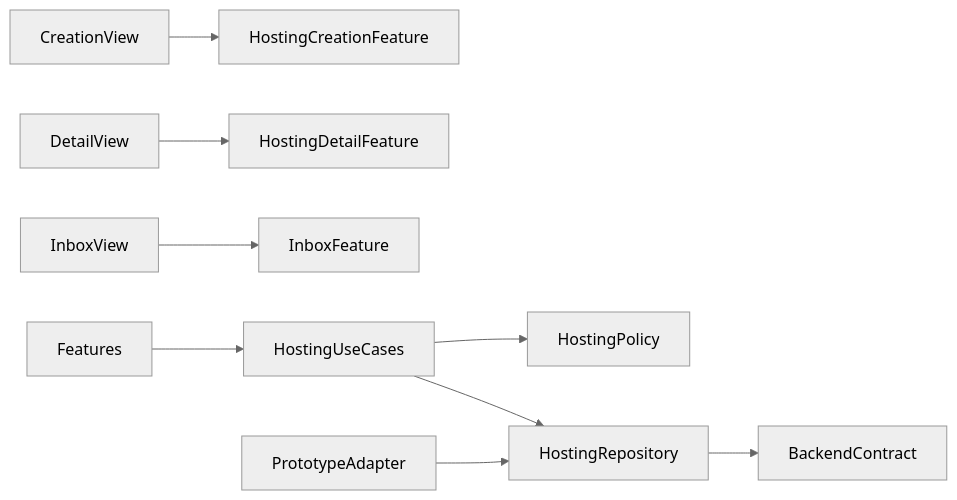
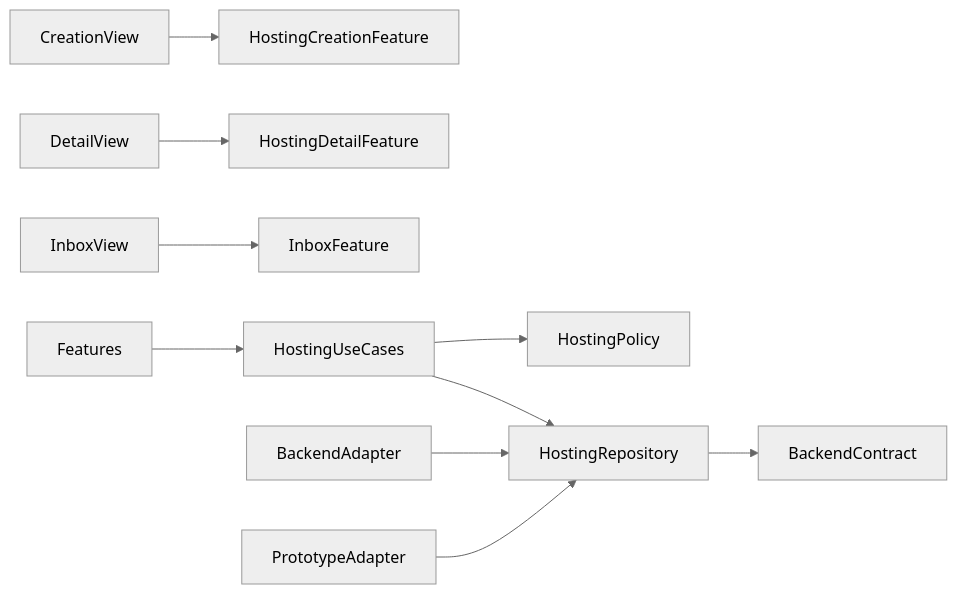
The first of 2 diagrams in .kiro/specs/ios-hosting/design.md (beyond-labo/free-time-matching), drawn with Mermaid (neutral theme) before and after one commit. The commit also changed other lines of this file and 82 other files, not shown here.

````diff
--- a/.kiro/specs/ios-hosting/design.md
+++ b/.kiro/specs/ios-hosting/design.md
@@ -43,11 +43,12 @@
 ```mermaid
 graph LR
     CreationView --> HostingCreationFeature
     DetailView --> HostingDetailFeature
     InboxView --> InboxFeature
     Features --> HostingUseCases
     HostingUseCases --> HostingPolicy
     HostingUseCases --> HostingRepository
+    BackendAdapter --> HostingRepository
     PrototypeAdapter --> HostingRepository
     HostingRepository --> BackendContract
 ```
````
